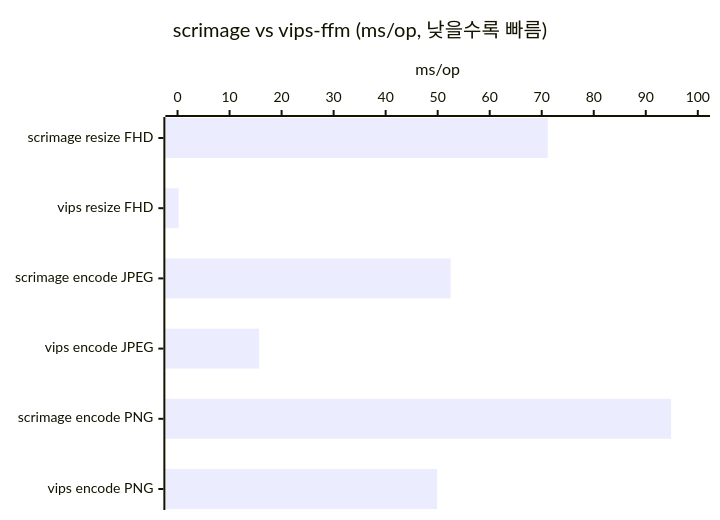
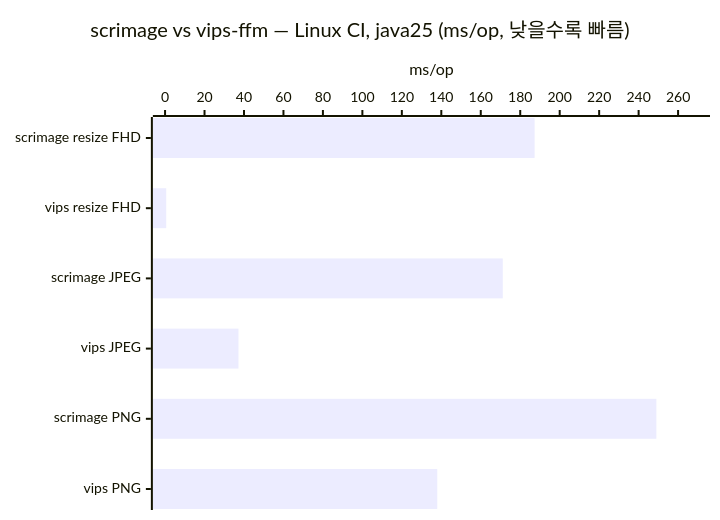
The second of 2 diagrams in images/images-vips-java25/README.ko.md (bluetape4k/bluetape4k-projects), drawn with Mermaid before and after one commit. The commit also changed other lines of this file and 4 other files, not shown here.

````diff
--- a/images/images-vips-java25/README.ko.md
+++ b/images/images-vips-java25/README.ko.md
@@ -484,7 +484,7 @@
 ```mermaid
 xychart-beta horizontal
-    title "scrimage vs vips-ffm (ms/op, 낮을수록 빠름)"
-    x-axis ["scrimage resize FHD", "vips resize FHD", "scrimage encode JPEG", "vips encode JPEG", "scrimage encode PNG", "vips encode PNG"]
-    y-axis "ms/op" 0 --> 100
-    bar [71.16, 0.20, 52.49, 15.67, 94.87, 49.88]
+    title "scrimage vs vips-ffm — Linux CI, java25 (ms/op, 낮을수록 빠름)"
+    x-axis ["scrimage resize FHD", "vips resize FHD", "scrimage JPEG", "vips JPEG", "scrimage PNG", "vips PNG"]
+    y-axis "ms/op" 0 --> 270
+    bar [187.29, 0.59, 171.16, 37.20, 249.01, 137.95]
 ```
````
